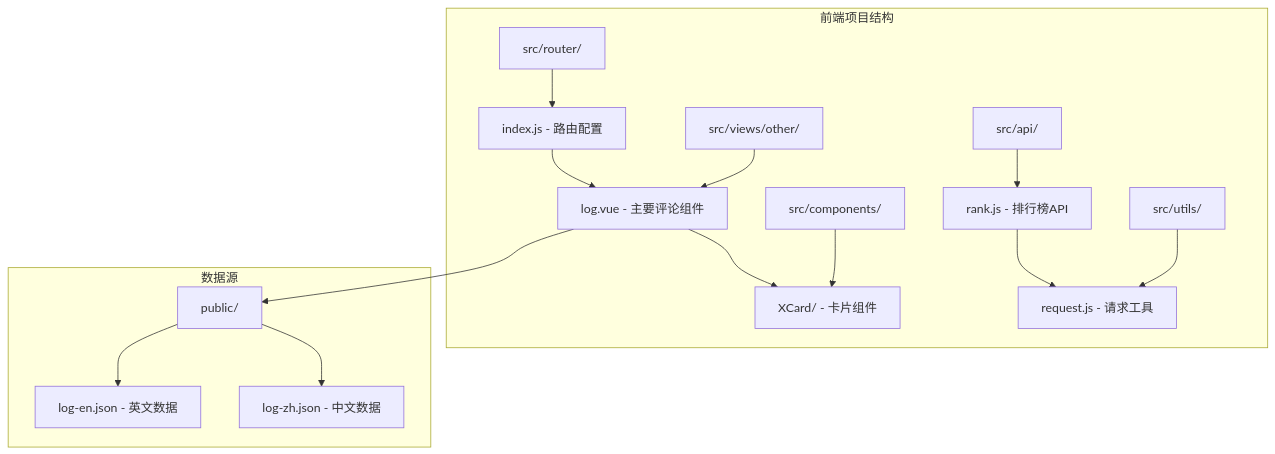
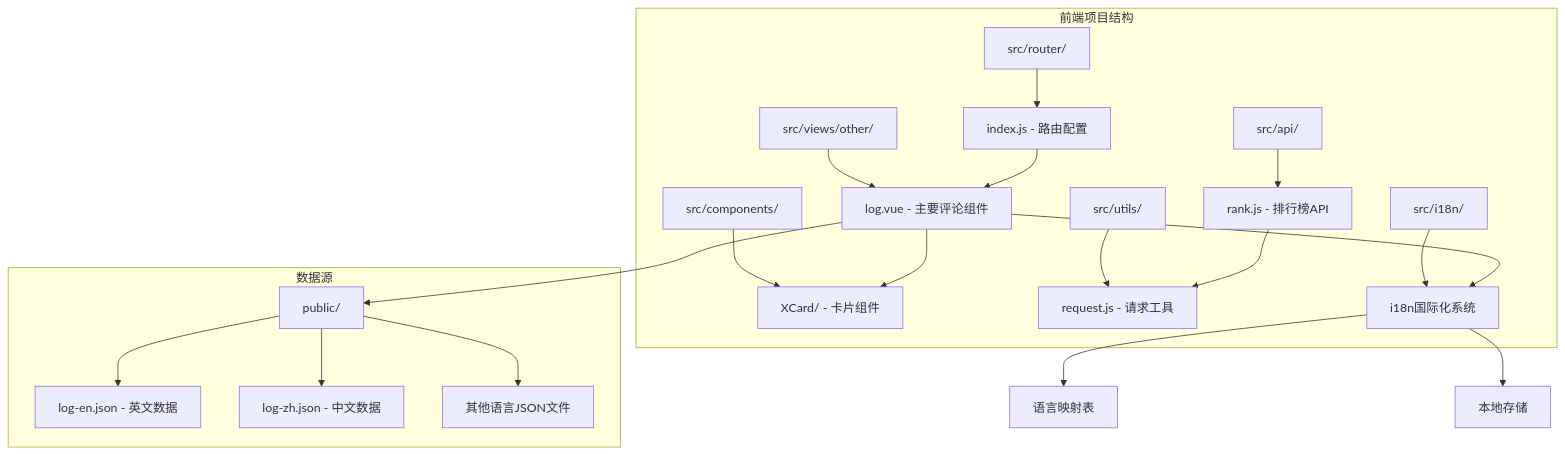
One commit to TinyMaD/SpeedRunnersLab changed the first of 8 diagrams in .qoder/repowiki/zh/content/前端应用/组件架构/业务组件/前端评论组件.md. Above: the diagram before and after it, drawn with Mermaid. The commit also changed other lines of this file and 34 other files, not shown here.

````diff
--- a/.qoder/repowiki/zh/content/前端应用/组件架构/业务组件/前端评论组件.md
+++ b/.qoder/repowiki/zh/content/前端应用/组件架构/业务组件/前端评论组件.md
@@ -46,18 +57,23 @@
 ```mermaid
 graph TB
 subgraph "前端项目结构"
 A[src/views/other/] --> B[log.vue - 主要评论组件]
 C[src/components/] --> D[XCard/ - 卡片组件]
 E[src/api/] --> F[rank.js - 排行榜API]
 G[src/utils/] --> H[request.js - 请求工具]
 I[src/router/] --> J[index.js - 路由配置]
+K[src/i18n/] --> L[i18n国际化系统]
 end
 subgraph "数据源"
-K[public/] --> L[log-en.json - 英文数据]
-K --> M[log-zh.json - 中文数据]
+M[public/] --> N[log-en.json - 英文数据]
+M --> O[log-zh.json - 中文数据]
+M --> P[其他语言JSON文件]
 end
 B --> D
-B --> K
+B --> M
+B --> L
 F --> H
 J --> B
+L --> Q[语言映射表]
+L --> R[本地存储]
 ```
````
